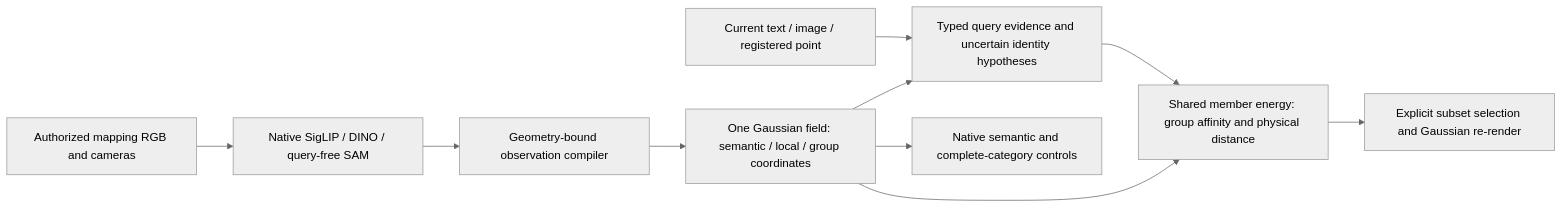
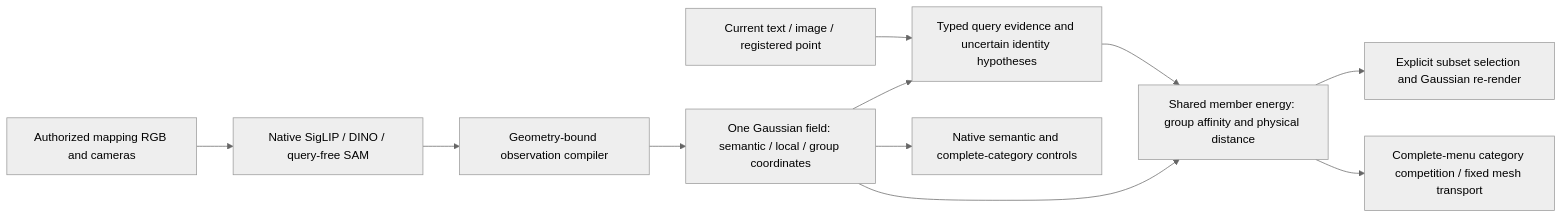
The diagram in docs/method/query-preserving-gaussian-field.md (Arthurshen926/RADIO-GS), drawn with Mermaid (neutral theme) before and after one commit. The commit also changed other lines of this file and 57 other files, not shown here.

````diff
--- a/docs/method/query-preserving-gaussian-field.md
+++ b/docs/method/query-preserving-gaussian-field.md
@@ -36,12 +38,13 @@
 ```mermaid
 flowchart LR
   O[Authorized mapping RGB and cameras] --> T[Native SigLIP / DINO / query-free SAM]
   T --> C[Geometry-bound observation compiler]
   C --> F[One Gaussian field: semantic / local / group coordinates]
   Q[Current text / image / registered point] --> A[Typed query evidence and uncertain identity hypotheses]
   F --> A
   A --> M[Shared member energy: group affinity and physical distance]
   F --> M
   M --> R[Explicit subset selection and Gaussian re-render]
+  M --> P[Complete-menu category competition / fixed mesh transport]
   F --> S[Native semantic and complete-category controls]
 ```
````
